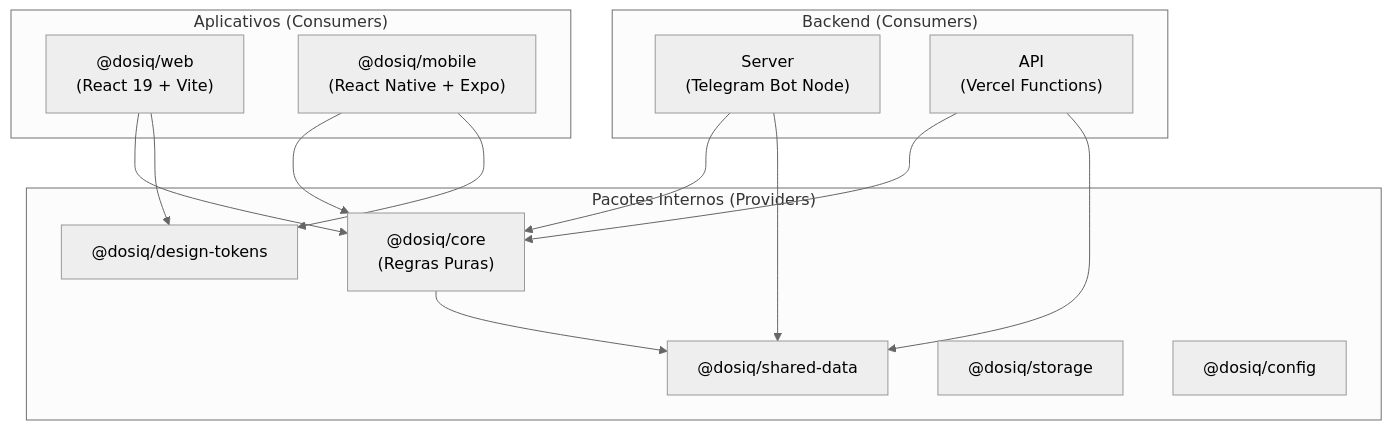
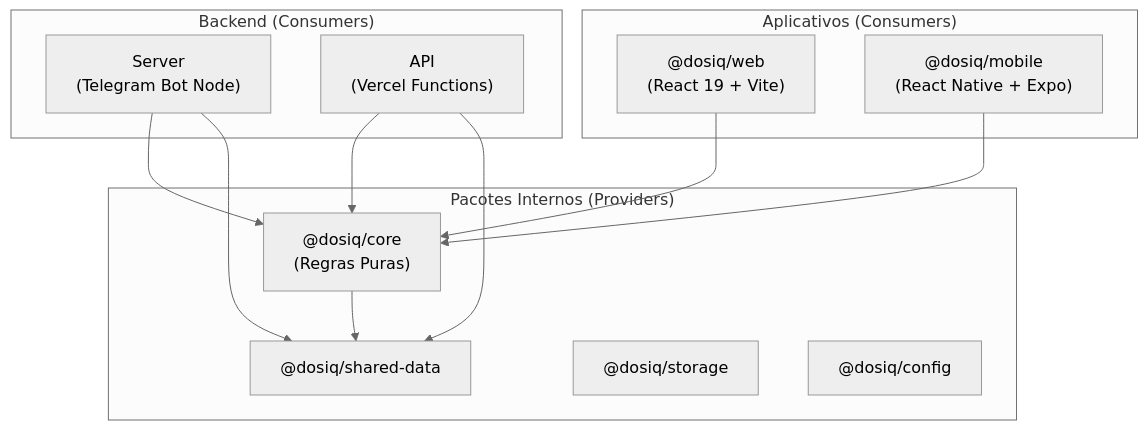
Before and after one commit to coelhotv/dosiq: the first of 3 diagrams in docs/architecture/MONOREPO.md, drawn with Mermaid (neutral theme). The commit also changed other lines of this file and 57 other files, not shown here.

````diff
--- a/docs/architecture/MONOREPO.md
+++ b/docs/architecture/MONOREPO.md
@@ -35,34 +35,31 @@
 ```mermaid
 graph TD
     %% Nós de Aplicativos
     subgraph Apps["Aplicativos (Consumers)"]
         Web["@dosiq/web\n(React 19 + Vite)"]
         Mobile["@dosiq/mobile\n(React Native + Expo)"]
     end
 
     %% Nós de Serviços Backend
     subgraph Server["Backend (Consumers)"]
         Bot["Server\n(Telegram Bot Node)"]
         API["API\n(Vercel Functions)"]
     end
 
     %% Nós de Pacotes Internos
     subgraph Packages["Pacotes Internos (Providers)"]
         Core["@dosiq/core\n(Regras Puras)"]
-        Design["@dosiq/design-tokens"]
         SharedData["@dosiq/shared-data"]
         Storage["@dosiq/storage"]
         Config["@dosiq/config"]
     end
 
     %% Arestas
     Web --> Core
-    Web --> Design
     Mobile --> Core
-    Mobile --> Design
     Bot --> Core
     Bot --> SharedData
     API --> Core
     API --> SharedData
     Core --> SharedData
 ```
````
